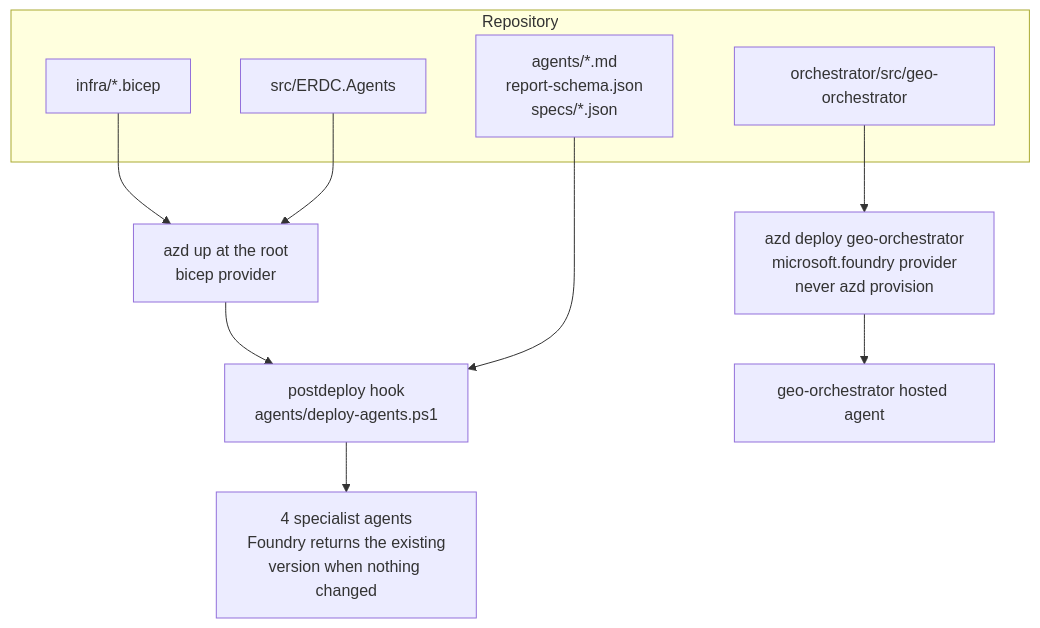
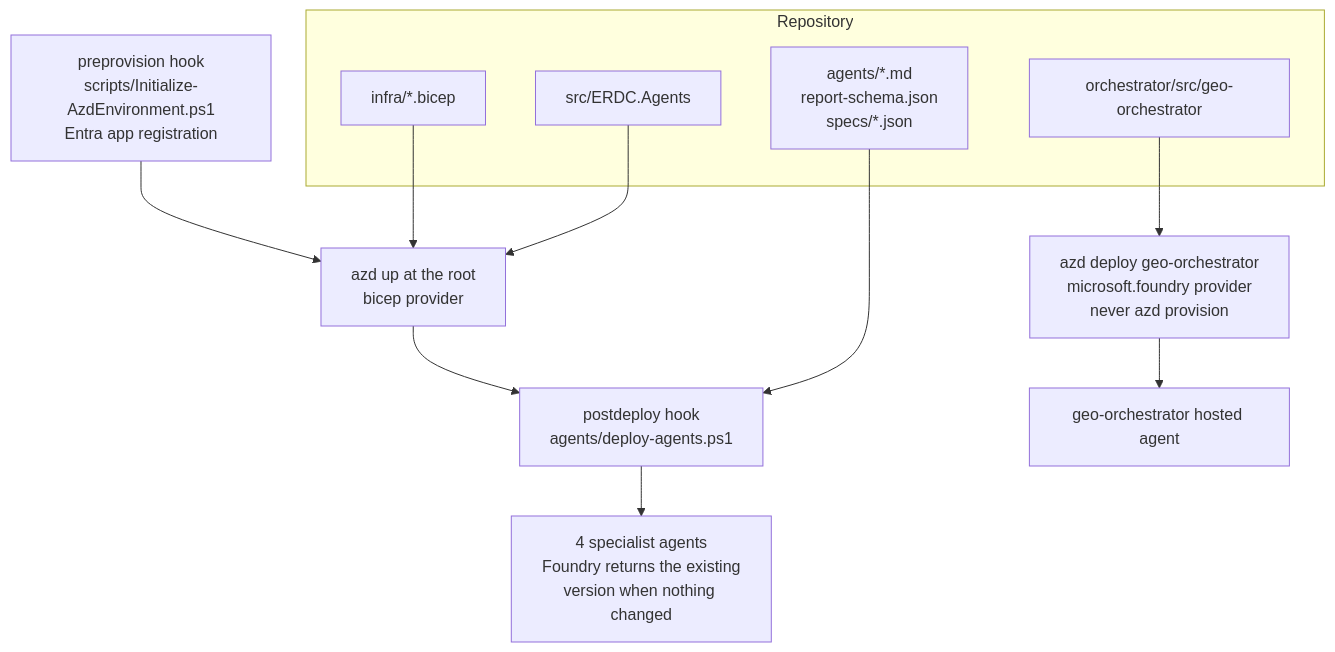
Before and after one commit to TK11703/geo-location-agents: the third of 3 diagrams in README.md, drawn with Mermaid. The commit also changed other lines of this file and 1 other file, not shown here.

````diff
--- a/README.md
+++ b/README.md
@@ -96,20 +96,22 @@
 ```mermaid
 flowchart TB
     subgraph Repo["Repository"]
         Infra["infra/*.bicep"]
         Api["src/ERDC.Agents"]
         Defs["agents/*.md<br/>report-schema.json<br/>specs/*.json"]
         OrchSrc["orchestrator/src/geo-orchestrator"]
     end
 
+    Pre["preprovision hook<br/>scripts/Initialize-AzdEnvironment.ps1<br/>Entra app registration"]
     Root["azd up at the root<br/>bicep provider"]
     Hook["postdeploy hook<br/>agents/deploy-agents.ps1"]
     Sub["azd deploy geo-orchestrator<br/>microsoft.foundry provider<br/>never azd provision"]
 
+    Pre --> Root
     Infra --> Root
     Api --> Root
     Root --> Hook
     Defs --> Hook
     Hook --> Agents["4 specialist agents<br/>Foundry returns the existing<br/>version when nothing changed"]
     OrchSrc --> Sub --> Hosted["geo-orchestrator hosted agent"]
 ```
````
